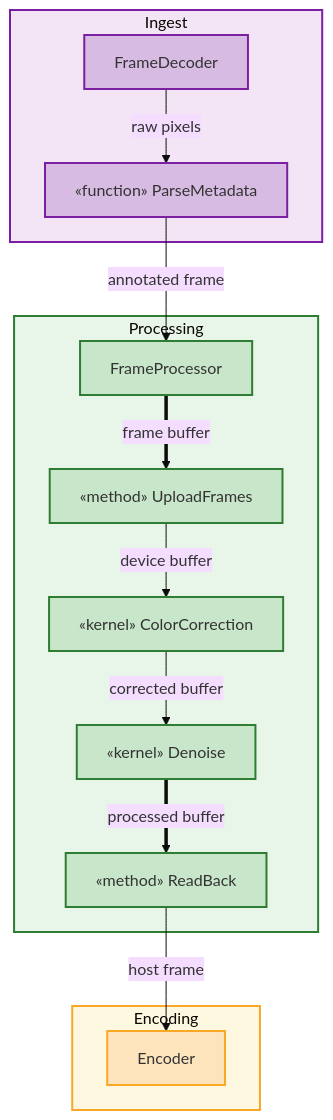
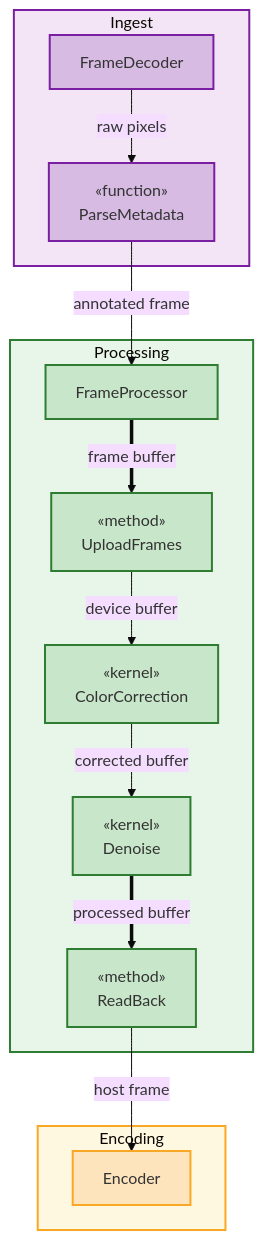
One commit to dichodaemon/folio changed the fourth of 4 diagrams in standards/visual-vocabulary_standards.md. Above: the diagram before and after it, drawn with Mermaid (base theme). The commit also changed other lines of this file, not shown here.

Commit message:
fix(standards): stereotype on its own line above operation name
Standard now requires the stereotype label to appear on a separate line
above the operation name, improving visual distinction from components.

````diff
--- a/standards/visual-vocabulary_standards.md
+++ b/standards/visual-vocabulary_standards.md
@@ -288,34 +288,34 @@
 ```mermaid
 graph TD
     subgraph ingest_group [Ingest]
         FrameDecoder[FrameDecoder]:::ingest
-        ParseMetadata["«function» ParseMetadata"]:::ingest
+        ParseMetadata["«function»<br>ParseMetadata"]:::ingest
     end
 
     subgraph processing_group [Processing]
         FrameProcessor[FrameProcessor]:::processing
-        UploadFrames["«method» UploadFrames"]:::processing
-        ColorCorrection["«kernel» ColorCorrection"]:::processing
-        Denoise["«kernel» Denoise"]:::processing
-        ReadBack["«method» ReadBack"]:::processing
+        UploadFrames["«method»<br>UploadFrames"]:::processing
+        ColorCorrection["«kernel»<br>ColorCorrection"]:::processing
+        Denoise["«kernel»<br>Denoise"]:::processing
+        ReadBack["«method»<br>ReadBack"]:::processing
     end
 
     subgraph encoding_group [Encoding]
         Encoder[Encoder]:::encoding
     end
 
     FrameDecoder -->|raw pixels| ParseMetadata
     ParseMetadata -->|annotated frame| FrameProcessor
     FrameProcessor ==>|frame buffer| UploadFrames
     UploadFrames -->|device buffer| ColorCorrection
     ColorCorrection -->|corrected buffer| Denoise
     Denoise ==>|processed buffer| ReadBack
     ReadBack -->|host frame| Encoder
 
     classDef ingest fill:#d7bbe3,stroke:#7b1fa2,stroke-width:2px
     classDef processing fill:#c8e6c9,stroke:#2e7d32,stroke-width:2px
     classDef encoding fill:#fde4bd,stroke:#f9a825,stroke-width:2px
     style ingest_group fill:#f3e5f5,stroke:#7b1fa2,stroke-width:2px
     style processing_group fill:#e8f5e9,stroke:#2e7d32,stroke-width:2px
     style encoding_group fill:#fff8e1,stroke:#f9a825,stroke-width:2px
 ```
````
